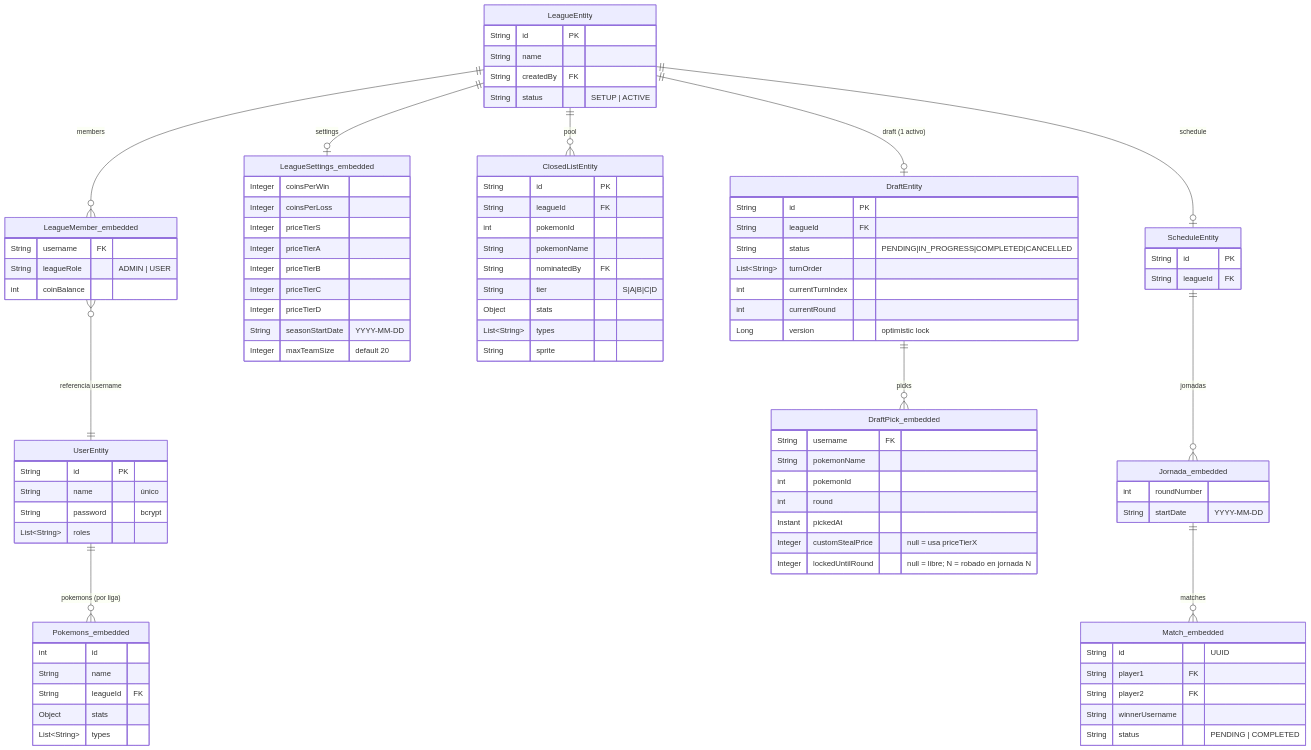
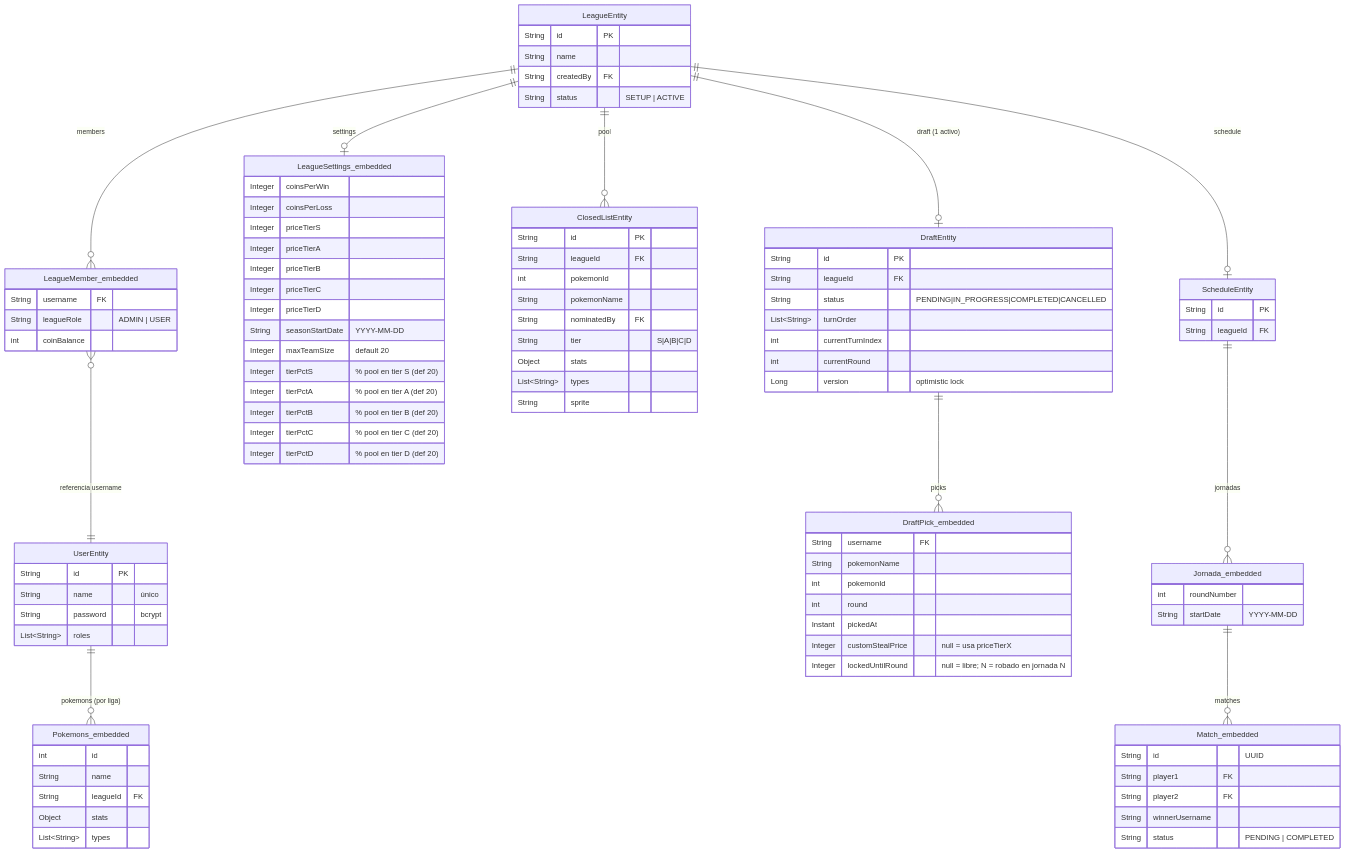
One commit to Pokemons-Fantasy/pokefantasy changed the first of 2 diagrams in docs/DIAGRAMS.md. Above: the diagram before and after it, drawn with Mermaid. The commit also changed other lines of this file and 1 other file, not shown here.

First line of the commit message:
docs: update roadmap and diagrams for tier-pct-recalc feature

```diff
--- a/docs/DIAGRAMS.md
+++ b/docs/DIAGRAMS.md
@@ -46,6 +46,11 @@
         Integer priceTierD
         String  seasonStartDate "YYYY-MM-DD"
         Integer maxTeamSize "default 20"
+        Integer tierPctS "% pool en tier S (def 20)"
+        Integer tierPctA "% pool en tier A (def 20)"
+        Integer tierPctB "% pool en tier B (def 20)"
+        Integer tierPctC "% pool en tier C (def 20)"
+        Integer tierPctD "% pool en tier D (def 20)"
     }
     ClosedListEntity {
         String id PK
```
